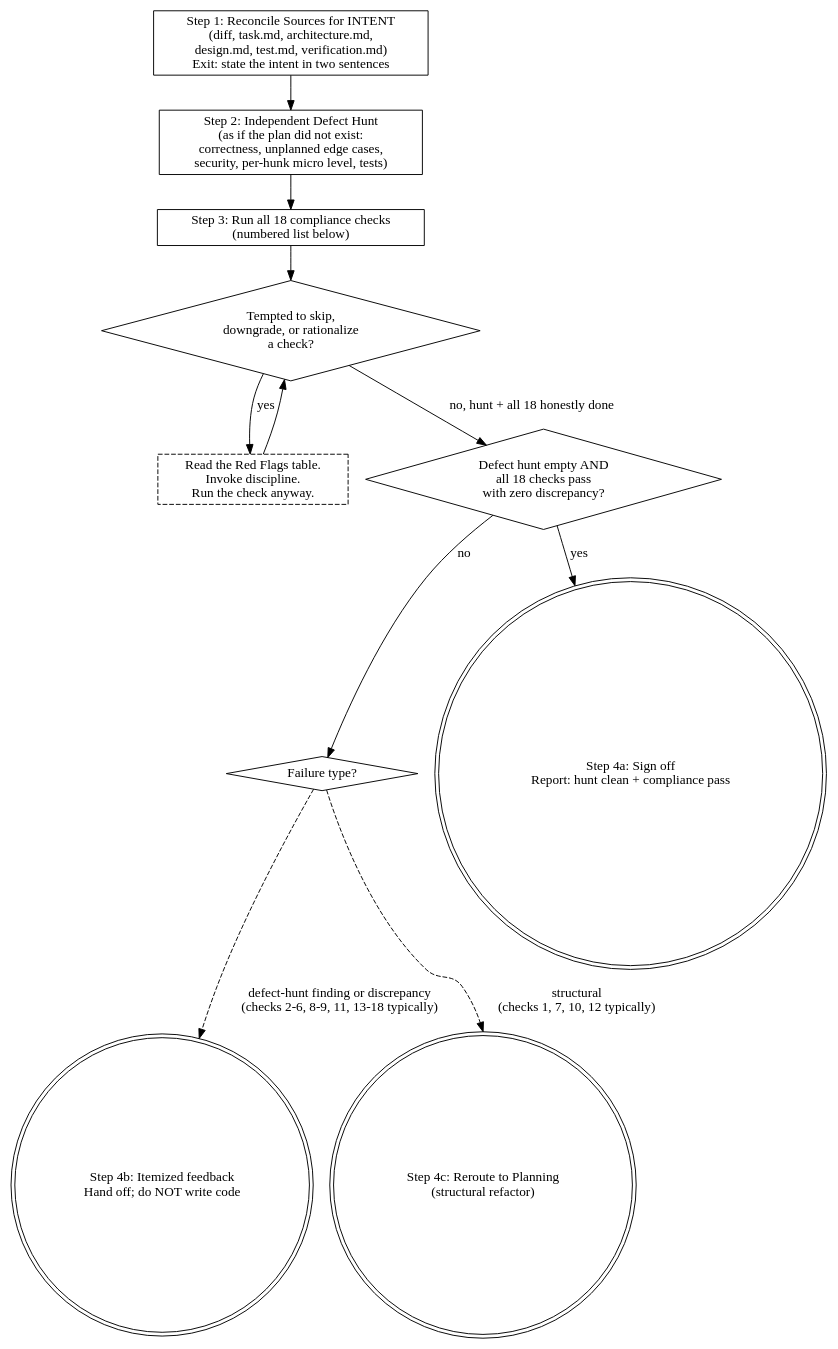
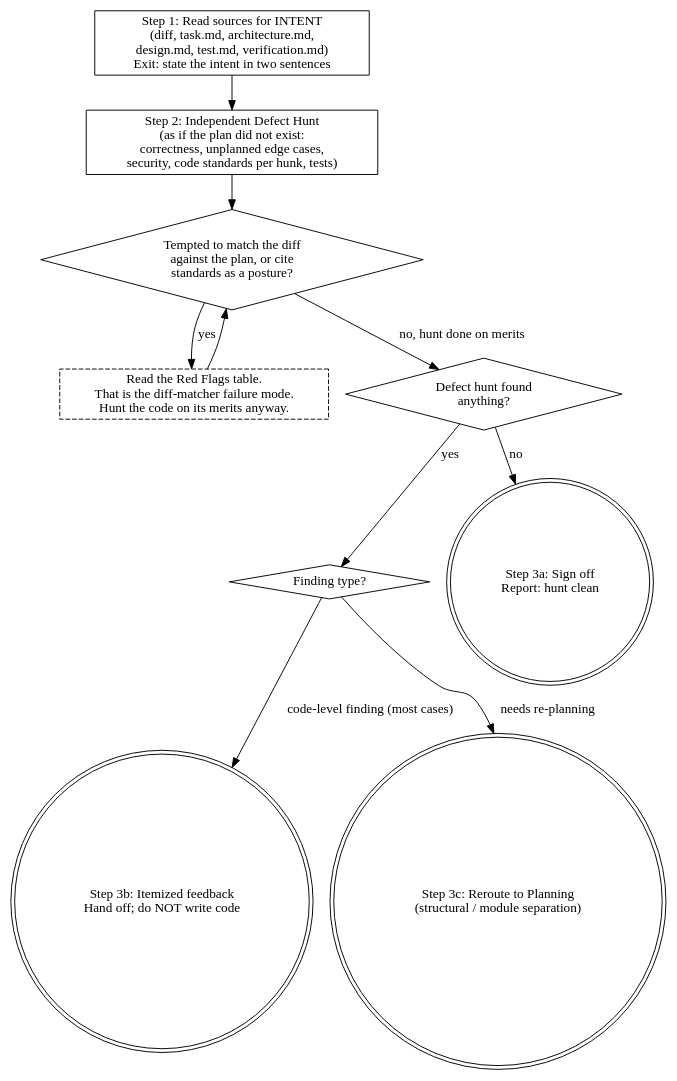
One commit to firehourse/DevoSkill changed the diagram in skills/devoskill/workflows/03-review.md. Above: the diagram before and after it, drawn with Graphviz. The commit also changed other lines of this file and 8 other files, not shown here.

````diff
--- a/skills/devoskill/workflows/03-review.md
+++ b/skills/devoskill/workflows/03-review.md
@@ -19,28 +21,26 @@
 ```dot
 digraph review_protocol {
     rankdir=TB;
 
-    Step1 [shape=box, label="Step 1: Reconcile Sources for INTENT\n(diff, task.md, architecture.md,\ndesign.md, test.md, verification.md)\nExit: state the intent in two sentences"];
-    Step2 [shape=box, label="Step 2: Independent Defect Hunt\n(as if the plan did not exist:\ncorrectness, unplanned edge cases,\nsecurity, per-hunk micro level, tests)"];
-    Step3 [shape=box, label="Step 3: Run all 18 compliance checks\n(numbered list below)"];
-    Rationalize [shape=diamond, label="Tempted to skip,\ndowngrade, or rationalize\na check?"];
-    RedFlags [shape=box, style=dashed, label="Read the Red Flags table.\nInvoke discipline.\nRun the check anyway."];
-    AllPass [shape=diamond, label="Defect hunt empty AND\nall 18 checks pass\nwith zero discrepancy?"];
-    FailureKind [shape=diamond, label="Failure type?"];
+    Step1 [shape=box, label="Step 1: Read sources for INTENT\n(diff, task.md, architecture.md,\ndesign.md, test.md, verification.md)\nExit: state the intent in two sentences"];
+    Step2 [shape=box, label="Step 2: Independent Defect Hunt\n(as if the plan did not exist:\ncorrectness, unplanned edge cases,\nsecurity, code standards per hunk, tests)"];
+    Anchor [shape=diamond, label="Tempted to match the diff\nagainst the plan, or cite\nstandards as a posture?"];
+    RedFlags [shape=box, style=dashed, label="Read the Red Flags table.\nThat is the diff-matcher failure mode.\nHunt the code on its merits anyway."];
+    Found [shape=diamond, label="Defect hunt found\nanything?"];
+    FailureKind [shape=diamond, label="Finding type?"];
 
-    Signoff [shape=doublecircle, label="Step 4a: Sign off\nReport: hunt clean + compliance pass"];
-    Feedback [shape=doublecircle, label="Step 4b: Itemized feedback\nHand off; do NOT write code"];
-    Reroute [shape=doublecircle, label="Step 4c: Reroute to Planning\n(structural refactor)"];
+    Signoff [shape=doublecircle, label="Step 3a: Sign off\nReport: hunt clean"];
+    Feedback [shape=doublecircle, label="Step 3b: Itemized feedback\nHand off; do NOT write code"];
+    Reroute [shape=doublecircle, label="Step 3c: Reroute to Planning\n(structural / module separation)"];
 
     Step1 -> Step2;
-    Step2 -> Step3;
-    Step3 -> Rationalize;
-    Rationalize -> RedFlags [label="yes"];
-    Rationalize -> AllPass [label="no, hunt + all 18 honestly done"];
-    RedFlags -> Rationalize;
-    AllPass -> Signoff [label="yes"];
-    AllPass -> FailureKind [label="no"];
-    FailureKind -> Reroute [label="structural\n(checks 1, 7, 10, 12 typically)", style=dashed];
-    FailureKind -> Feedback [label="defect-hunt finding or discrepancy\n(checks 2-6, 8-9, 11, 13-18 typically)", style=dashed];
+    Step2 -> Anchor;
+    Anchor -> RedFlags [label="yes"];
+    Anchor -> Found [label="no, hunt done on merits"];
+    RedFlags -> Anchor;
+    Found -> Signoff [label="no"];
+    Found -> FailureKind [label="yes"];
+    FailureKind -> Reroute [label="needs re-planning"];
+    FailureKind -> Feedback [label="code-level finding (most cases)"];
 }
 ```
````
